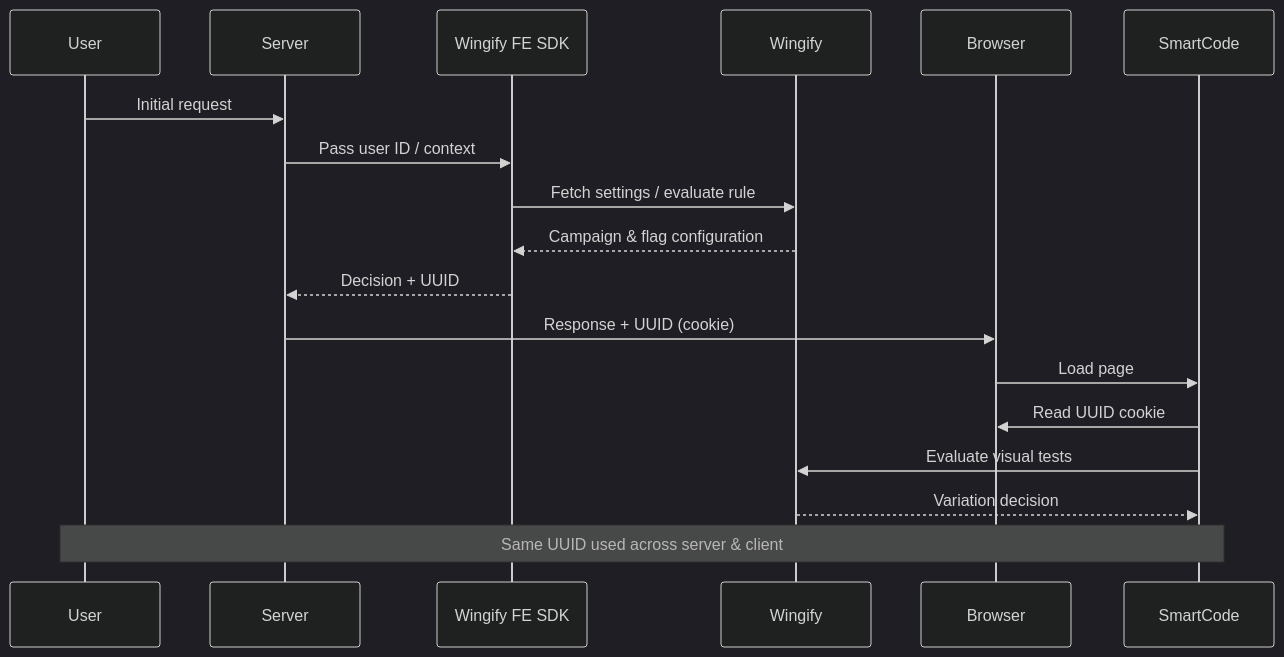
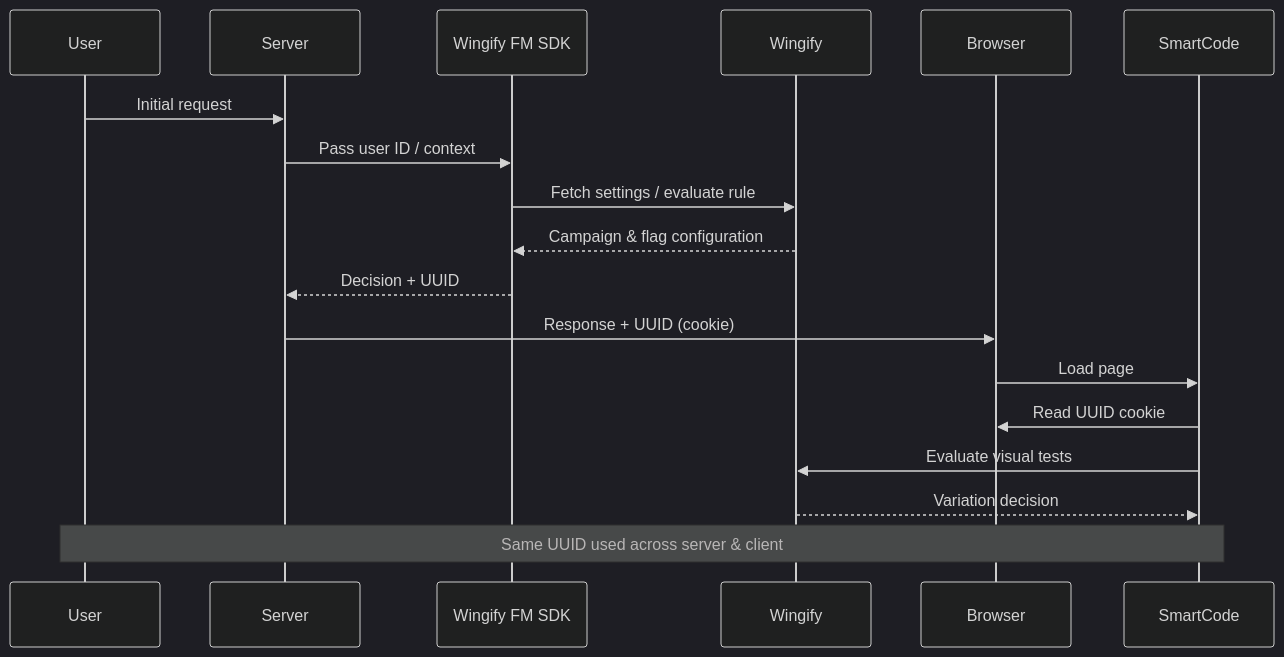
The sixth of 6 diagrams in docs/Unified Experimentation/fme-unified-experimentation-identity-synchronization.md (wingify/readme-central), drawn with Mermaid (dark theme) before and after one commit. The commit also changed other lines of this file and 192 other files, not shown here.

````diff
--- a/docs/Unified Experimentation/fme-unified-experimentation-identity-synchronization.md
+++ b/docs/Unified Experimentation/fme-unified-experimentation-identity-synchronization.md
@@ -447,24 +447,24 @@
 ```mermaid
 sequenceDiagram
     participant User
     participant Server
-    participant FE_SDK as Wingify FE SDK
+    participant FM_SDK as Wingify FM SDK
     participant Wingify
     participant Browser
     participant SmartCode
 
     User->>Server: Initial request
-    Server->>FE_SDK: Pass user ID / context
-    FE_SDK->>Wingify: Fetch settings / evaluate rule
-    Wingify-->>FE_SDK: Campaign & flag configuration
-    FE_SDK-->>Server: Decision + UUID
+    Server->>FM_SDK: Pass user ID / context
+    FM_SDK->>Wingify: Fetch settings / evaluate rule
+    Wingify-->>FM_SDK: Campaign & flag configuration
+    FM_SDK-->>Server: Decision + UUID
     Server->>Browser: Response + UUID (cookie)
 
     Browser->>SmartCode: Load page
     SmartCode->>Browser: Read UUID cookie
     SmartCode->>Wingify: Evaluate visual tests
     Wingify-->>SmartCode: Variation decision
 
     Note over User,SmartCode: Same UUID used across server & client
 
 ```
````
